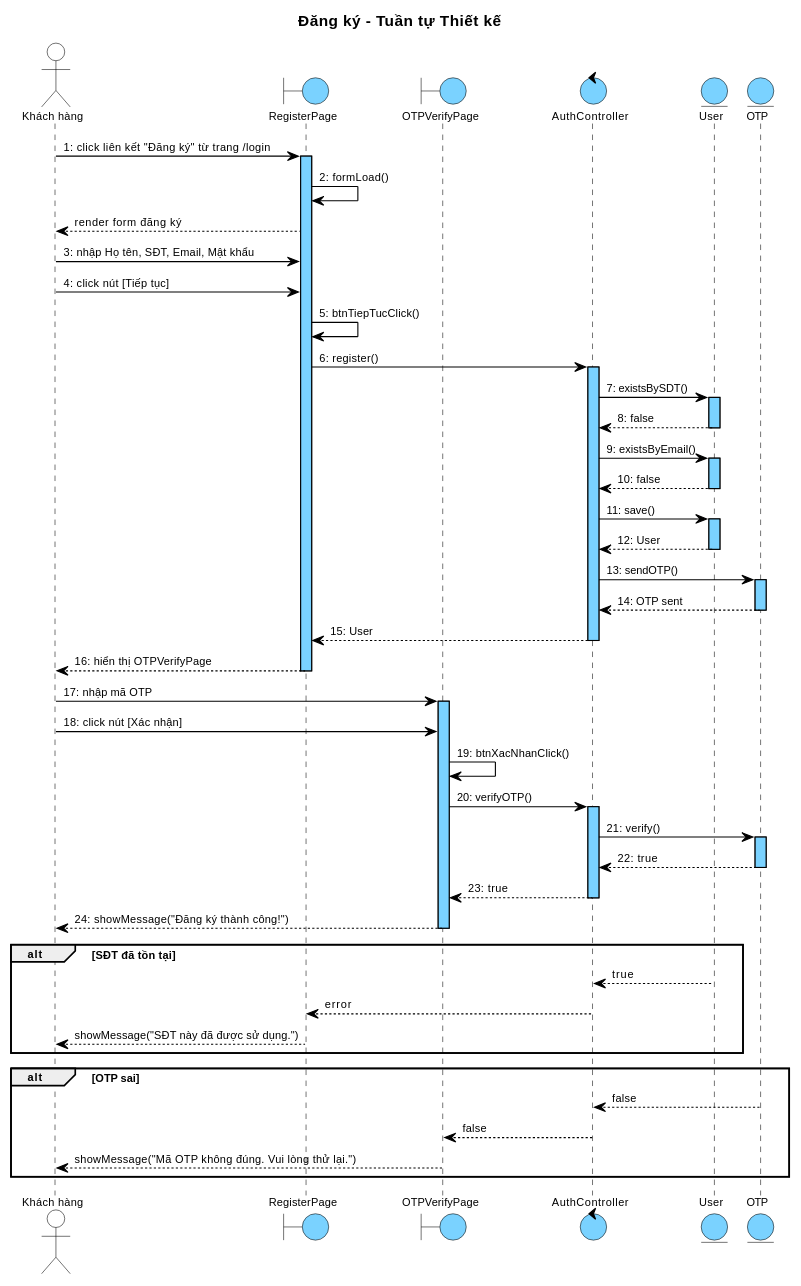
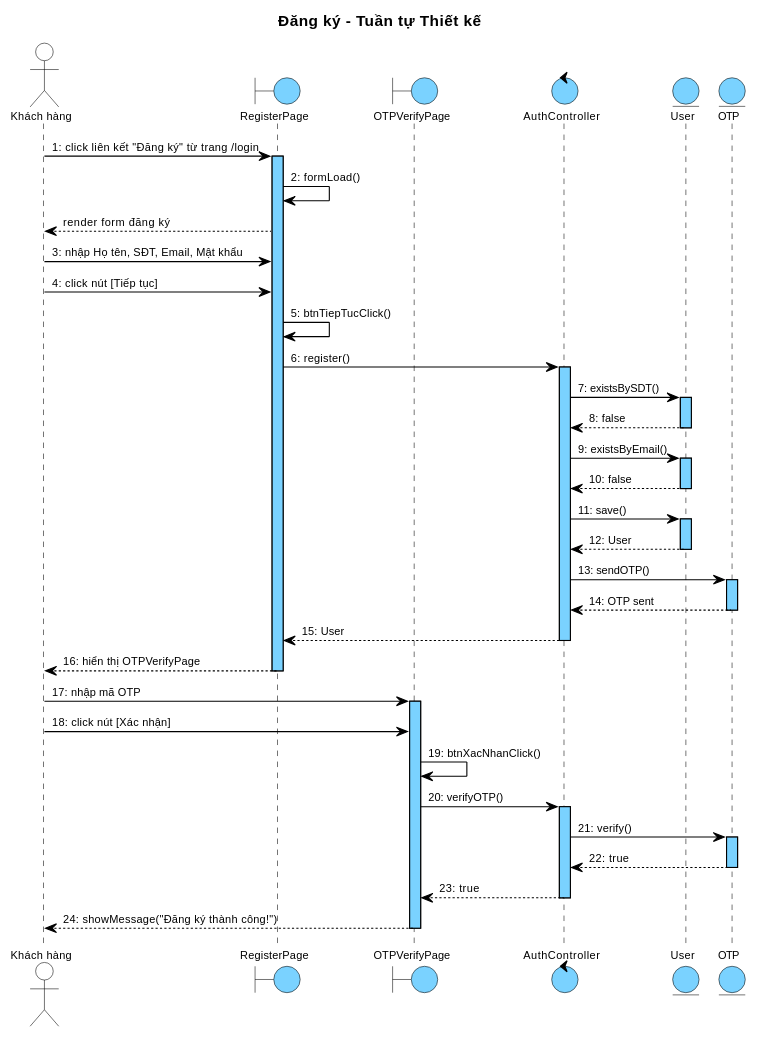
Before and after one commit to thanhtrnnn/cnpm: the third of 6 diagrams in docs/tabs/section-account-iii.md, drawn with PlantUML. The commit also changed other lines of this file and 2 other files, not shown here.

First line of the commit message:
fix: remove exceptions from sequences, reformat headings 1→1.1→1.1.1, update wireframes to match class attributes

````diff
--- a/docs/tabs/section-account-iii.md
+++ b/docs/tabs/section-account-iii.md
@@ -678,17 +659,5 @@
 deactivate C1
 B2 --> KH : 24: showMessage("Đăng ký thành công!")
 deactivate B2
-
-alt SĐT đã tồn tại
-  E1 --> C1 : true
-  C1 --> B1 : error
-  B1 --> KH : showMessage("SĐT này đã được sử dụng.")
-end
-
-alt OTP sai
-  E2 --> C1 : false
-  C1 --> B2 : false
-  B2 --> KH : showMessage("Mã OTP không đúng. Vui lòng thử lại.")
-end
 @enduml
 ```
````
